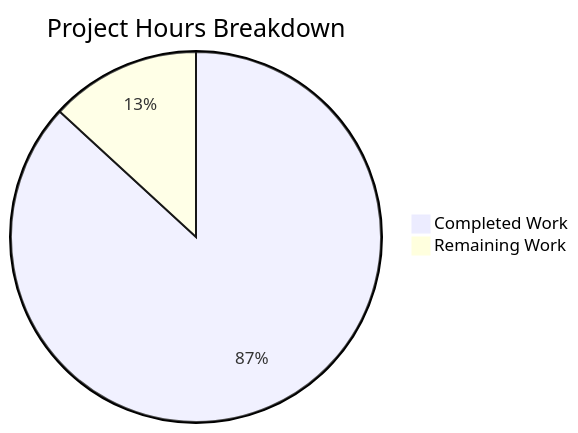
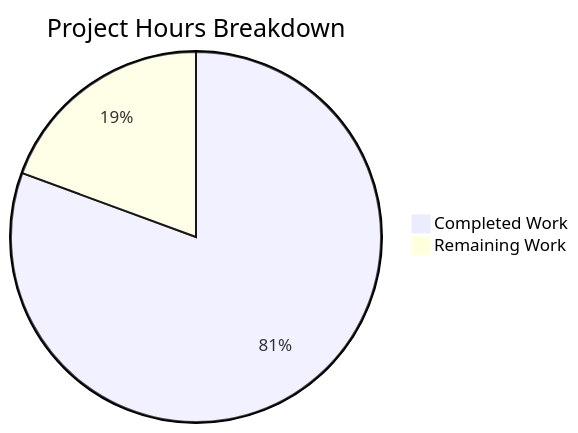
Before and after one commit to Blitzy-Sandbox/blitzy-formbricks: the second of 2 diagrams in blitzy/documentation/Project Guide.md, drawn with Mermaid. The commit also changed other lines of this file, not shown here.

Commit message:
Adding Blitzy Project Guide: Project Status and Human Tasks Remaining

````diff
--- a/blitzy/documentation/Project Guide.md
+++ b/blitzy/documentation/Project Guide.md
@@ -288,5 +250,5 @@
 ```mermaid
 pie title Project Hours Breakdown
-    "Completed Work" : 165
-    "Remaining Work" : 25
+    "Completed Work" : 158
+    "Remaining Work" : 38
 ```
````
